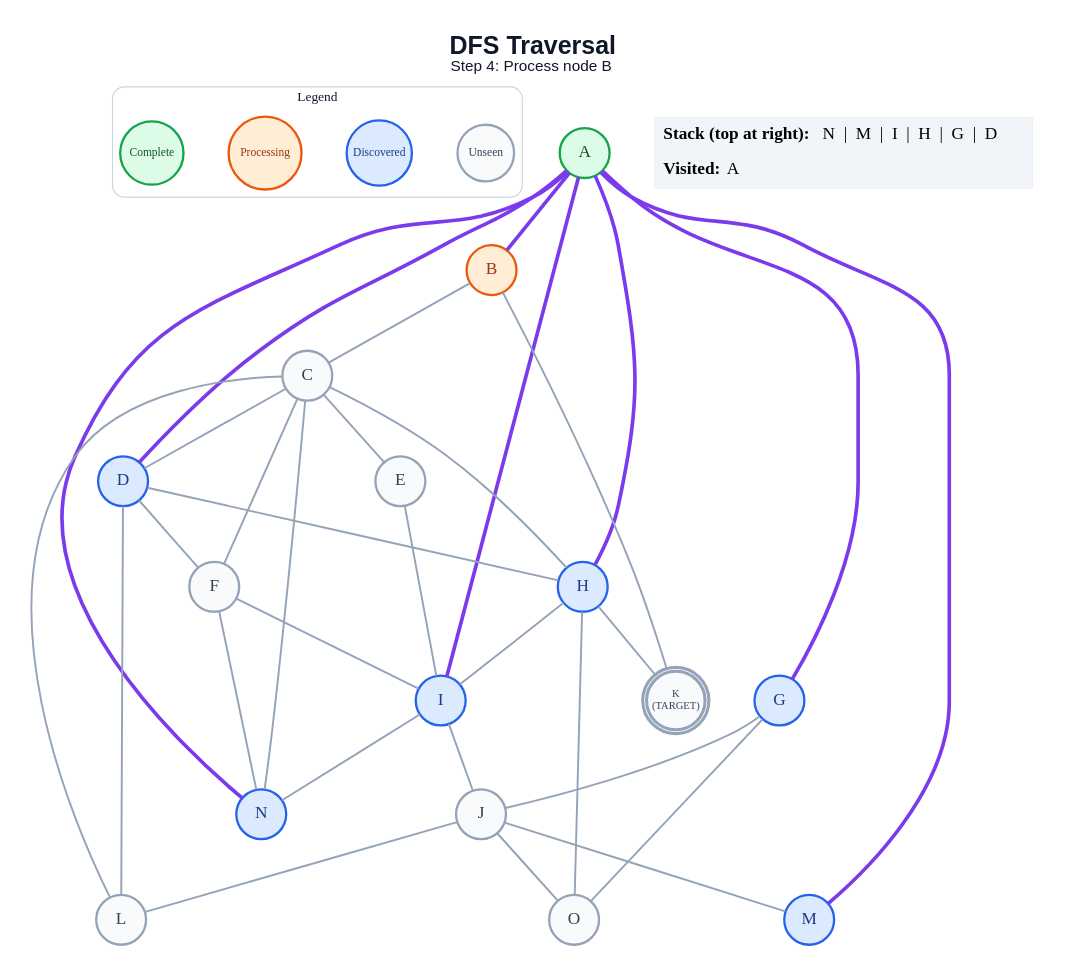
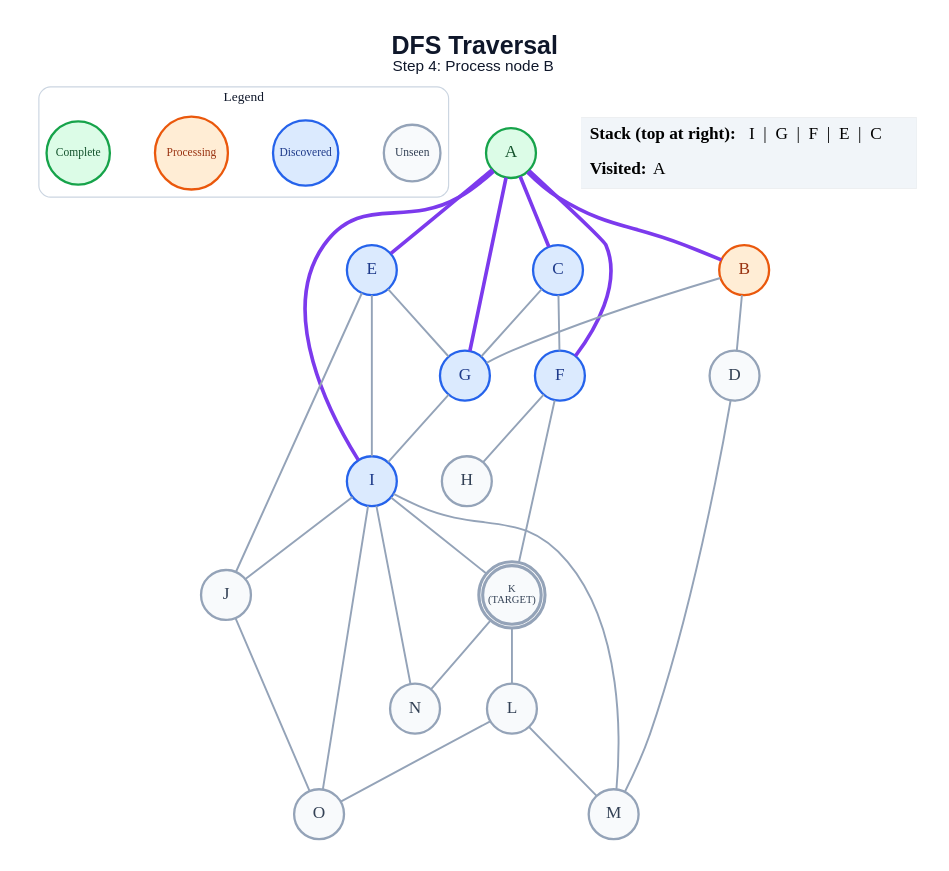
The diagram in generated/short-circuit/dfs/step_04.dot (anon7238593-create/ai-slop), drawn with Graphviz before and after one commit. The commit also changed 225 other files, not shown here.

```diff
--- a/generated/short-circuit/dfs/step_04.dot
+++ b/generated/short-circuit/dfs/step_04.dot
@@ -1,65 +1,61 @@
 graph traversal {
   graph [layout=dot, rankdir=TB, bgcolor="#FFFFFF", pad="0.35", nodesep="0.65", ranksep="0.8", fontname="Arial"];
   node [shape=circle, style="filled", fontname="Arial Bold", fontsize=18, width=0.72, fixedsize=true, penwidth=2.4];
   edge [color="#94A3B8", penwidth=2.0];
   label=<<B>DFS Traversal</B><BR/><FONT POINT-SIZE="16">Step 4: Process node B</FONT>>; labelloc="t"; fontsize=26; fontname="Arial"; fontcolor="#0F172A";
   subgraph cluster_legend { label="Legend"; color="#CBD5E1"; penwidth=1.2; style="rounded"; fontsize=14; fontname="Arial Bold";
     key_unseen [label="Unseen", fillcolor="#F8FAFC", color="#94A3B8", fontcolor="#334155", fontsize=12, width=0.82];
     key_frontier [label="Discovered", fillcolor="#DBEAFE", color="#2563EB", fontcolor="#1E3A8A", fontsize=12, width=0.95];
     key_current [label="Processing", fillcolor="#FFEDD5", color="#EA580C", fontcolor="#9A3412", fontsize=12, width=1.05];
     key_done [label="Complete", fillcolor="#DCFCE7", color="#16A34A", fontcolor="#14532D", fontsize=12, width=0.92];
     { rank=same; key_unseen; key_frontier; key_current; key_done; }
   }
   A [label="A", fillcolor="#DCFCE7", color="#16A34A", fontcolor="#14532D", peripheries=1, penwidth=2.4];
   B [label="B", fillcolor="#FFEDD5", color="#EA580C", fontcolor="#9A3412", peripheries=1, penwidth=2.4];
-  C [label="C", fillcolor="#F8FAFC", color="#94A3B8", fontcolor="#334155", peripheries=1, penwidth=2.4];
-  D [label="D", fillcolor="#DBEAFE", color="#2563EB", fontcolor="#1E3A8A", peripheries=1, penwidth=2.4];
-  E [label="E", fillcolor="#F8FAFC", color="#94A3B8", fontcolor="#334155", peripheries=1, penwidth=2.4];
-  F [label="F", fillcolor="#F8FAFC", color="#94A3B8", fontcolor="#334155", peripheries=1, penwidth=2.4];
+  C [label="C", fillcolor="#DBEAFE", color="#2563EB", fontcolor="#1E3A8A", peripheries=1, penwidth=2.4];
+  D [label="D", fillcolor="#F8FAFC", color="#94A3B8", fontcolor="#334155", peripheries=1, penwidth=2.4];
+  E [label="E", fillcolor="#DBEAFE", color="#2563EB", fontcolor="#1E3A8A", peripheries=1, penwidth=2.4];
+  F [label="F", fillcolor="#DBEAFE", color="#2563EB", fontcolor="#1E3A8A", peripheries=1, penwidth=2.4];
   G [label="G", fillcolor="#DBEAFE", color="#2563EB", fontcolor="#1E3A8A", peripheries=1, penwidth=2.4];
-  H [label="H", fillcolor="#DBEAFE", color="#2563EB", fontcolor="#1E3A8A", peripheries=1, penwidth=2.4];
+  H [label="H", fillcolor="#F8FAFC", color="#94A3B8", fontcolor="#334155", peripheries=1, penwidth=2.4];
   I [label="I", fillcolor="#DBEAFE", color="#2563EB", fontcolor="#1E3A8A", peripheries=1, penwidth=2.4];
   J [label="J", fillcolor="#F8FAFC", color="#94A3B8", fontcolor="#334155", peripheries=1, penwidth=2.4];
   K [label="K\n(TARGET)", fillcolor="#F8FAFC", color="#94A3B8", fontcolor="#334155", peripheries=2, penwidth=3.2, fontsize=11, width=0.85, height=0.85];
   L [label="L", fillcolor="#F8FAFC", color="#94A3B8", fontcolor="#334155", peripheries=1, penwidth=2.4];
-  M [label="M", fillcolor="#DBEAFE", color="#2563EB", fontcolor="#1E3A8A", peripheries=1, penwidth=2.4];
-  N [label="N", fillcolor="#DBEAFE", color="#2563EB", fontcolor="#1E3A8A", peripheries=1, penwidth=2.4];
+  M [label="M", fillcolor="#F8FAFC", color="#94A3B8", fontcolor="#334155", peripheries=1, penwidth=2.4];
+  N [label="N", fillcolor="#F8FAFC", color="#94A3B8", fontcolor="#334155", peripheries=1, penwidth=2.4];
   O [label="O", fillcolor="#F8FAFC", color="#94A3B8", fontcolor="#334155", peripheries=1, penwidth=2.4];
   A -- B [color="#7C3AED", penwidth=3.8];
-  A -- D [color="#7C3AED", penwidth=3.8];
+  A -- C [color="#7C3AED", penwidth=3.8];
+  A -- E [color="#7C3AED", penwidth=3.8];
+  A -- F [color="#7C3AED", penwidth=3.8];
   A -- G [color="#7C3AED", penwidth=3.8];
-  A -- H [color="#7C3AED", penwidth=3.8];
   A -- I [color="#7C3AED", penwidth=3.8];
-  A -- M [color="#7C3AED", penwidth=3.8];
-  A -- N [color="#7C3AED", penwidth=3.8];
-  B -- C;
-  B -- K;
-  C -- D;
-  C -- E;
+  B -- D;
+  B -- G;
   C -- F;
-  C -- H;
-  C -- L;
-  C -- N;
-  D -- F;
-  D -- H;
-  D -- L;
+  C -- G;
+  D -- M;
+  E -- G;
   E -- I;
-  F -- I;
-  F -- N;
-  G -- J;
-  G -- O;
-  H -- I;
-  H -- K;
-  H -- O;
+  E -- J;
+  F -- H;
+  F -- K;
+  G -- I;
   I -- J;
+  I -- K;
+  I -- M;
   I -- N;
-  J -- L;
-  J -- M;
+  I -- O;
   J -- O;
+  K -- L;
+  K -- N;
+  L -- M;
+  L -- O;
   status [shape=plain, fixedsize=false, width=0, height=0, margin=0, label=<
     <TABLE BORDER="0" CELLBORDER="0" CELLPADDING="7" BGCOLOR="#F1F5F9">
-      <TR><TD ALIGN="LEFT"><B>Stack (top at right):</B> N  |  M  |  I  |  H  |  G  |  D</TD></TR>
+      <TR><TD ALIGN="LEFT"><B>Stack (top at right):</B> I  |  G  |  F  |  E  |  C</TD></TR>
       <TR><TD ALIGN="LEFT"><B>Visited:</B> A</TD></TR>
     </TABLE>
   >];
 }
```
